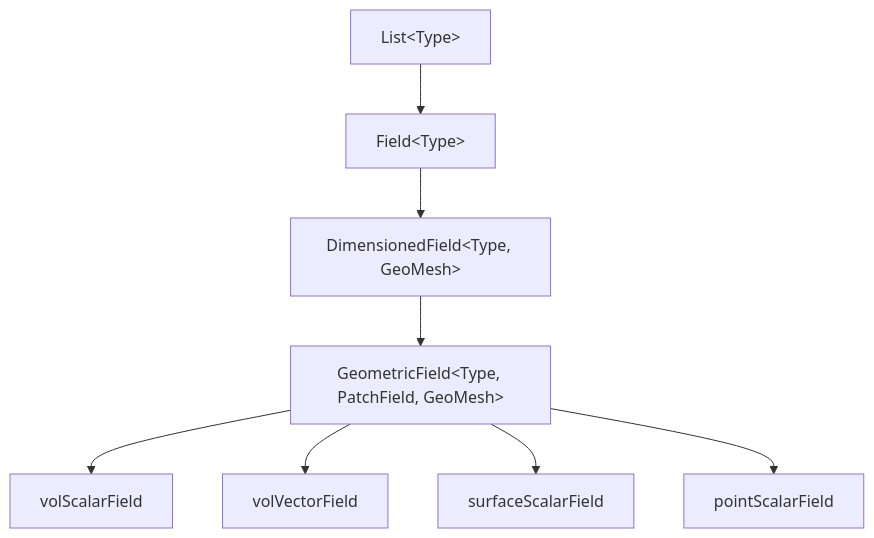
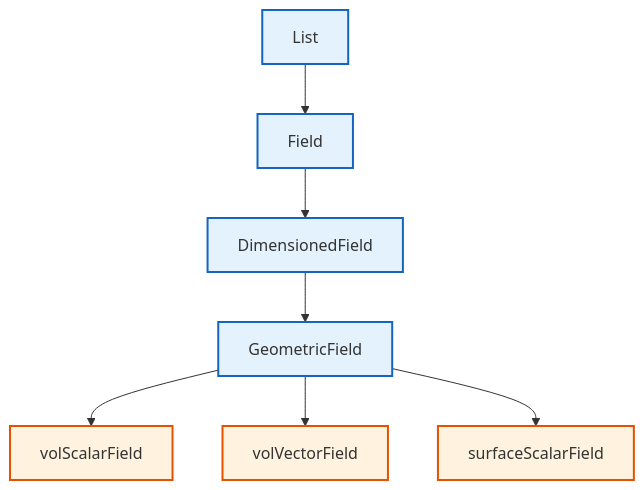
One commit to wramet/build-my-cfd changed the second of 4 diagrams in MODULE_05_OPENFOAM_PROGRAMMING/CONTENT/05_FIELDS_GEOMETRICFIELDS/05_Mathematical_Type_Theory.md. Above: the diagram before and after it, drawn with Mermaid. The commit also changed other lines of this file and 313 other files, not shown here.

Commit message:
Revise all diagram

````diff
--- a/MODULE_05_OPENFOAM_PROGRAMMING/CONTENT/05_FIELDS_GEOMETRICFIELDS/05_Mathematical_Type_Theory.md
+++ b/MODULE_05_OPENFOAM_PROGRAMMING/CONTENT/05_FIELDS_GEOMETRICFIELDS/05_Mathematical_Type_Theory.md
@@ -47,10 +51,13 @@
 ```mermaid
 flowchart TD
-    A[List&lt;Type&gt;] --> B[Field&lt;Type&gt;]
-    B --> C[DimensionedField&lt;Type, GeoMesh&gt;]
-    C --> D[GeometricField&lt;Type, PatchField, GeoMesh&gt;]
-    D --> E1[volScalarField]
-    D --> E2[volVectorField]
-    D --> E3[surfaceScalarField]
-    D --> E4[pointScalarField]
+%% Classes
+classDef explicit fill:#fff3e0,stroke:#e65100,stroke-width:2px;
+classDef implicit fill:#e3f2fd,stroke:#1565c0,stroke-width:2px;
+%% Nodes
+A[List]:::implicit --> B[Field]:::implicit
+B --> C[DimensionedField]:::implicit
+C --> D[GeometricField]:::implicit
+D --> E1[volScalarField]:::explicit
+D --> E2[volVectorField]:::explicit
+D --> E3[surfaceScalarField]:::explicit
 ```
````
